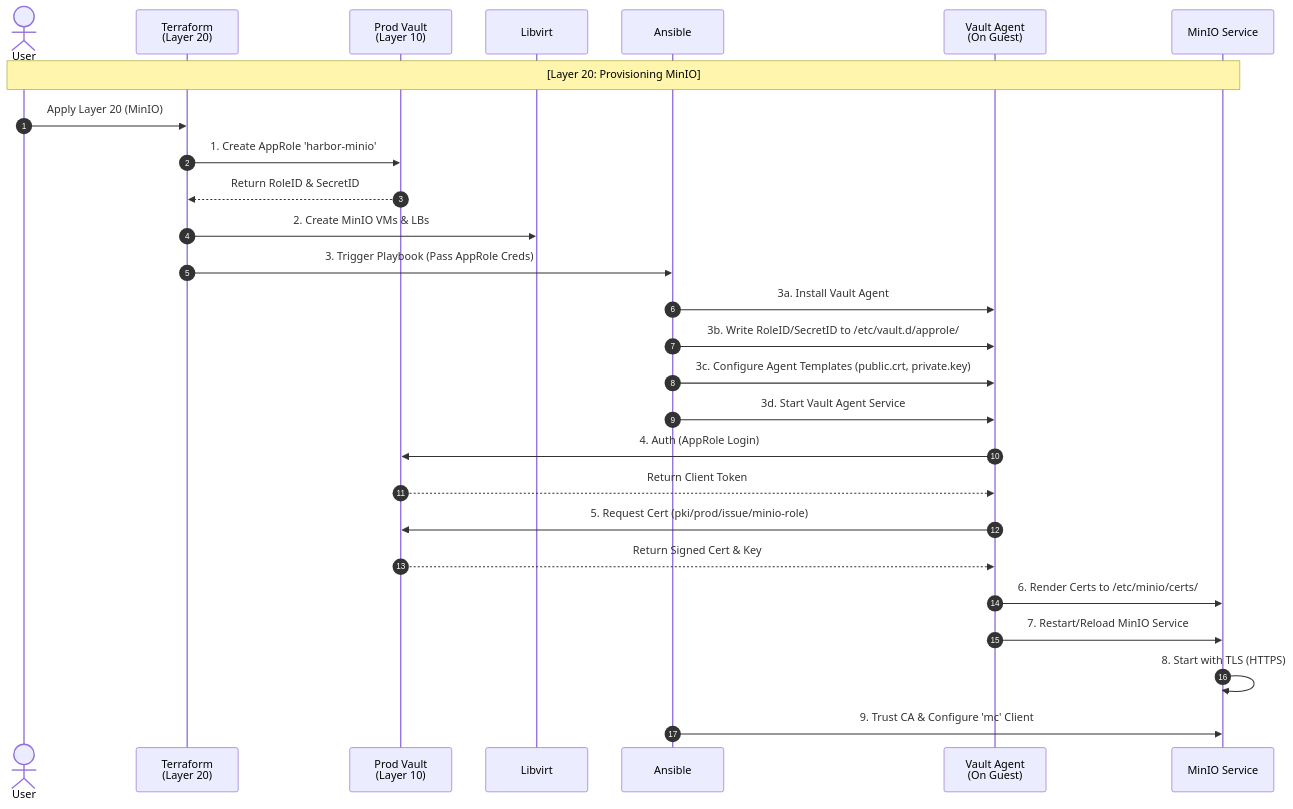
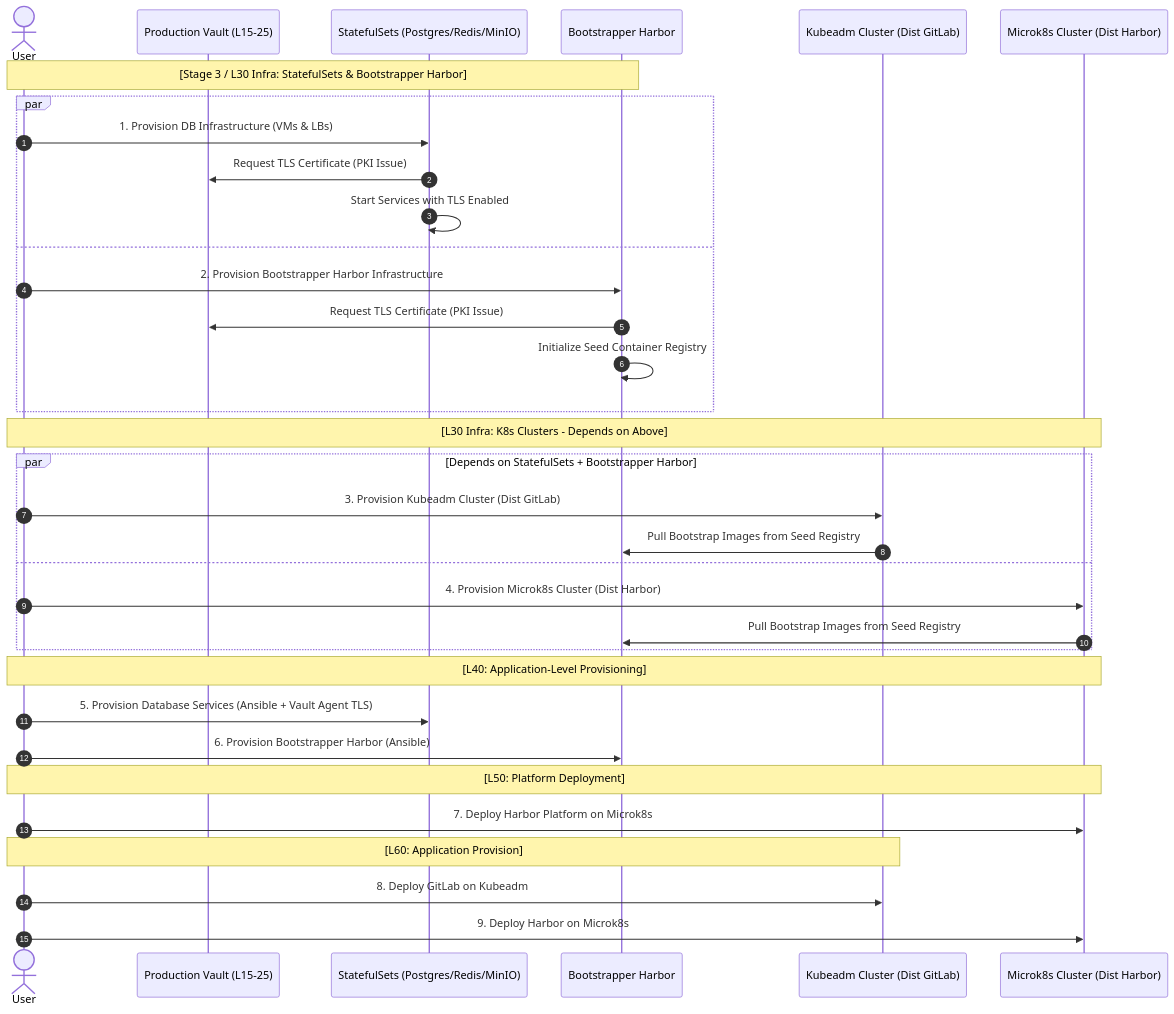
One commit to csning1998/on-premise-gitlab-deployment changed the second of 2 diagrams in README-zh-TW.md. Above: the diagram before and after it, drawn with Mermaid. The commit also changed other lines of this file and 3 other files, not shown here.

````diff
--- a/README-zh-TW.md
+++ b/README-zh-TW.md
@@ -785,41 +814,41 @@
     ```mermaid
     sequenceDiagram
         autonumber
         actor User
-        participant TF as Terraform<br>(Layer 20)
-        participant ProdVault as Prod Vault<br>(Layer 10)
-        participant Libvirt
-        participant Ansible
-        participant Agent as Vault Agent<br>(On Guest)
-        participant Service as MinIO Service
+        participant Prod as Production Vault (L15-25)
+        participant SS as StatefulSets (Postgres/Redis/MinIO)
+        participant Harbor as Bootstrapper Harbor
+        participant K8sGit as Kubeadm Cluster (Dist GitLab)
+        participant K8sHbr as Microk8s Cluster (Dist Harbor)
 
-        Note over User, Service: [Layer 20: Provisioning MinIO]
+        Note over User, Harbor: [Stage 3 / L30 Infra: StatefulSets & Bootstrapper Harbor]
+        par
+            User->>SS: 1. Provision DB Infrastructure (VMs & LBs)
+            SS->>Prod: Request TLS Certificate (PKI Issue)
+            SS->>SS: Start Services with TLS Enabled
+        and
+            User->>Harbor: 2. Provision Bootstrapper Harbor Infrastructure
+            Harbor->>Prod: Request TLS Certificate (PKI Issue)
+            Harbor->>Harbor: Initialize Seed Container Registry
+        end
 
-        %% Terraform Phase
-        User->>TF: Apply Layer 20 (MinIO)
-        TF->>ProdVault: 1. Create AppRole 'harbor-minio'
-        ProdVault-->>TF: Return RoleID & SecretID
-        TF->>Libvirt: 2. Create MinIO VMs & LBs
+        Note over User, K8sHbr: [L30 Infra: K8s Clusters - Depends on Above]
+        par Depends on StatefulSets + Bootstrapper Harbor
+            User->>K8sGit: 3. Provision Kubeadm Cluster (Dist GitLab)
+            K8sGit->>Harbor: Pull Bootstrap Images from Seed Registry
+        and
+            User->>K8sHbr: 4. Provision Microk8s Cluster (Dist Harbor)
+            K8sHbr->>Harbor: Pull Bootstrap Images from Seed Registry
+        end
 
-        %% Ansible Phase
-        TF->>Ansible: 3. Trigger Playbook (Pass AppRole Creds)
+        Note over User, K8sHbr: [L40: Application-Level Provisioning]
+        User->>SS: 5. Provision Database Services (Ansible + Vault Agent TLS)
+        User->>Harbor: 6. Provision Bootstrapper Harbor (Ansible)
 
-        Ansible->>Agent: 3a. Install Vault Agent
-        Ansible->>Agent: 3b. Write RoleID/SecretID to /etc/vault.d/approle/
-        Ansible->>Agent: 3c. Configure Agent Templates (public.crt, private.key)
-        Ansible->>Agent: 3d. Start Vault Agent Service
+        Note over User, K8sHbr: [L50: Platform Deployment]
+        User->>K8sHbr: 7. Deploy Harbor Platform on Microk8s
 
-        %% Runtime Phase
-        Agent->>ProdVault: 4. Auth (AppRole Login)
-        ProdVault-->>Agent: Return Client Token
-        Agent->>ProdVault: 5. Request Cert (pki/prod/issue/minio-role)
-        ProdVault-->>Agent: Return Signed Cert & Key
-
-        Agent->>Service: 6. Render Certs to /etc/minio/certs/
-        Agent->>Service: 7. Restart/Reload MinIO Service
-
-        Service->>Service: 8. Start with TLS (HTTPS)
-
-        %% Client Config
-        Ansible->>Service: 9. Trust CA & Configure 'mc' Client
+        Note over User, K8sGit: [L60: Application Provision]
+        User->>K8sGit: 8. Deploy GitLab on Kubeadm
+        User->>K8sHbr: 9. Deploy Harbor on Microk8s
     ```
````
